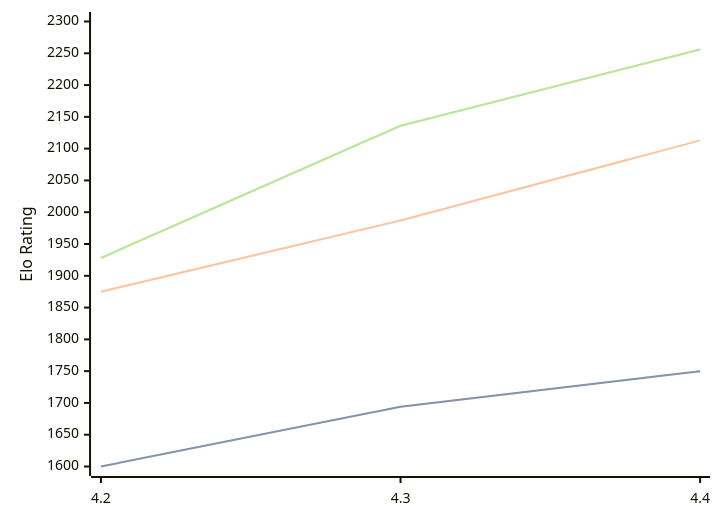
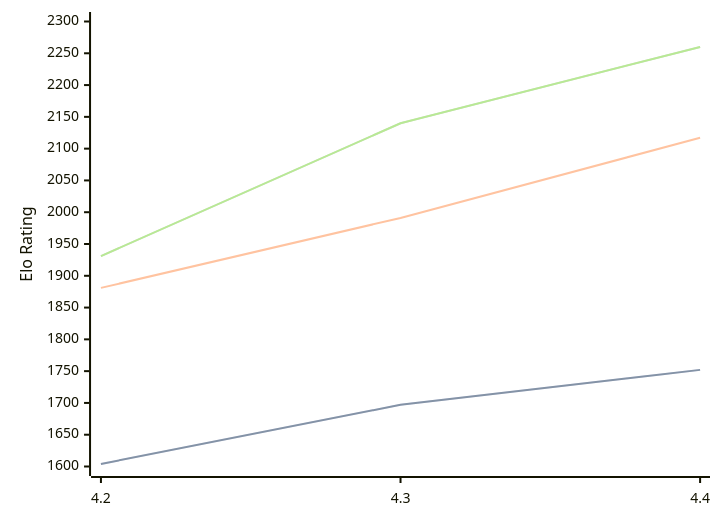
Before and after one commit to computer-chess-index/cci: the diagram in engines/Radiance.md, drawn with Mermaid. The commit also changed other lines of this file, not shown here.

Commit message:
Update CCI Ratings (ELO VLTC) - 2026-05-02

````diff
--- a/engines/Radiance.md
+++ b/engines/Radiance.md
@@ -36,11 +36,11 @@
 ```mermaid
 %%{init: {"theme":"base","themeVariables":{"seriesColors:['#a3a3a3','#222221','#faa371']}}}%%
 xychart-beta
   x-axis ["4.2", "4.3", "4.4"]
   y-axis "Elo Rating" 1600 --> 2300
-  line "STC (8.0+0.08s)" [1600, 1694, 1750]
-  line "STC (8.0+0.08s)" [1600, 1694, 1750]
-  line "LTC (60.0+0.60s)" [1875, 1987, 2113]
-  line "VLTC (2m24s+1.12s)" [1928, 2136, 2256]
-  line "VLTC (2m24s+1.12s)" [1928, 2136, 2256]
+  line "STC (8.0+0.08s)" [1604, 1697, 1752]
+  line "STC (8.0+0.08s)" [1604, 1697, 1752]
+  line "LTC (60.0+0.60s)" [1881, 1991, 2117]
+  line "VLTC (2m24s+1.12s)" [1931, 2140, 2260]
+  line "VLTC (2m24s+1.12s)" [1931, 2140, 2260]
 ```
````
